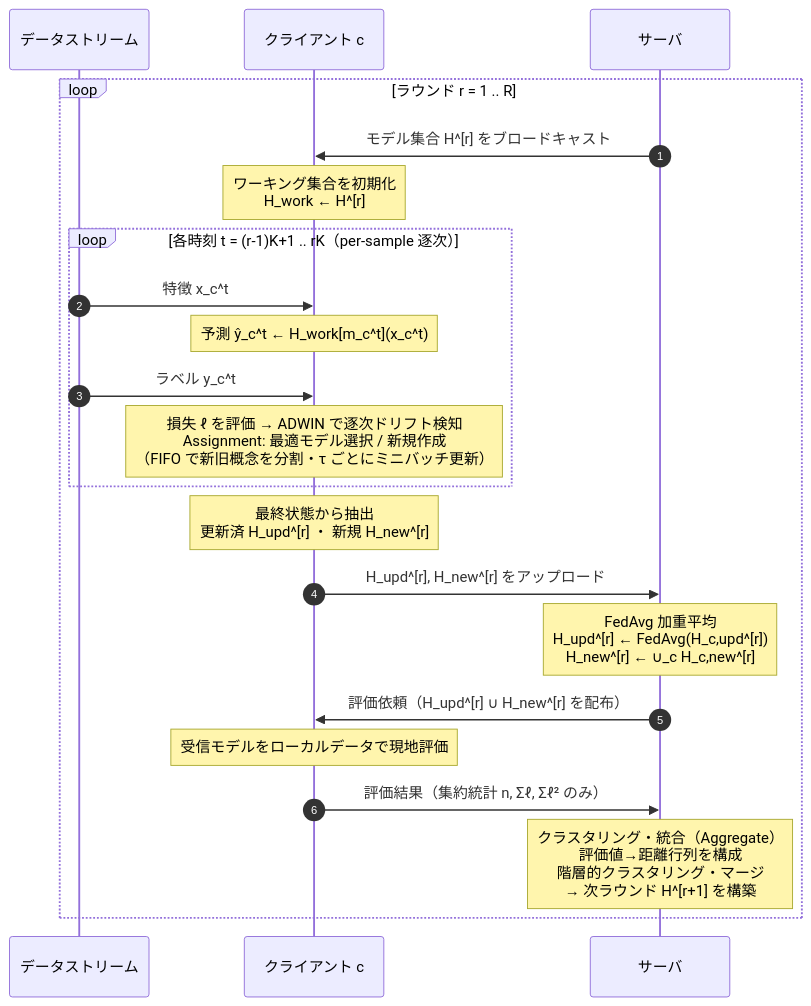
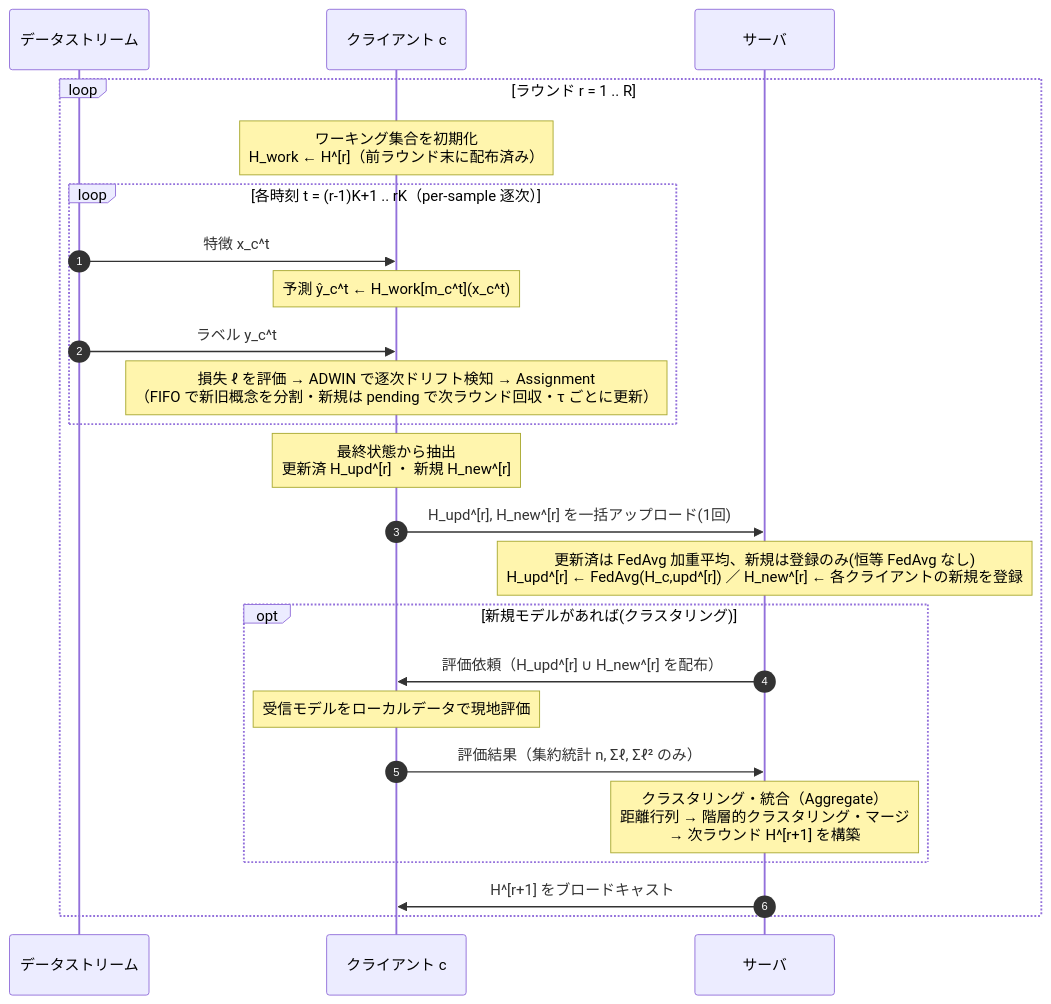
The third of 4 diagrams in docs/sequence-diagrams.md (shimmen3141/FedSDA-experiment), drawn with Mermaid before and after one commit. The commit also changed other lines of this file, not shown here.

First line of the commit message:
@ docs: シーケンス図をレビューに基づき実装の通信に忠実化

````diff
--- a/docs/sequence-diagrams.md
+++ b/docs/sequence-diagrams.md
@@ -82,27 +146,29 @@
 ```mermaid
 sequenceDiagram
     autonumber
     participant D as データストリーム
     participant C as クライアント c
     participant S as サーバ
 
     loop ラウンド r = 1 .. R
-        S->>C: モデル集合 H^[r] をブロードキャスト
-        Note over C: ワーキング集合を初期化<br/>H_work ← H^[r]
+        Note over C: ワーキング集合を初期化<br/>H_work ← H^[r]（前ラウンド末に配布済み）
 
         loop 各時刻 t = (r-1)K+1 .. rK（per-sample 逐次）
             D->>C: 特徴 x_c^t
             Note over C: 予測 ŷ_c^t ← H_work[m_c^t](x_c^t)
             D->>C: ラベル y_c^t
-            Note over C: 損失 ℓ を評価 → ADWIN で逐次ドリフト検知<br/>Assignment: 最適モデル選択 / 新規作成<br/>（FIFO で新旧概念を分割・τ ごとにミニバッチ更新）
+            Note over C: 損失 ℓ を評価 → ADWIN で逐次ドリフト検知 → Assignment<br/>（FIFO で新旧概念を分割・新規は pending で次ラウンド回収・τ ごとに更新）
         end
 
         Note over C: 最終状態から抽出<br/>更新済 H_upd^[r] ・ 新規 H_new^[r]
-        C->>S: H_upd^[r], H_new^[r] をアップロード
-        Note over S: FedAvg 加重平均<br/>H_upd^[r] ← FedAvg(H_c,upd^[r])<br/>H_new^[r] ← ∪_c H_c,new^[r]
-        S->>C: 評価依頼（H_upd^[r] ∪ H_new^[r] を配布）
-        Note over C: 受信モデルをローカルデータで現地評価
-        C->>S: 評価結果（集約統計 n, Σℓ, Σℓ² のみ）
-        Note over S: クラスタリング・統合（Aggregate）<br/>評価値→距離行列を構成<br/>階層的クラスタリング・マージ<br/>→ 次ラウンド H^[r+1] を構築
+        C->>S: H_upd^[r], H_new^[r] を一括アップロード(1回)
+        Note over S: 更新済は FedAvg 加重平均、新規は登録のみ(恒等 FedAvg なし)<br/>H_upd^[r] ← FedAvg(H_c,upd^[r]) ／ H_new^[r] ← 各クライアントの新規を登録
+        opt 新規モデルがあれば(クラスタリング)
+            S->>C: 評価依頼（H_upd^[r] ∪ H_new^[r] を配布）
+            Note over C: 受信モデルをローカルデータで現地評価
+            C->>S: 評価結果（集約統計 n, Σℓ, Σℓ² のみ）
+            Note over S: クラスタリング・統合（Aggregate）<br/>距離行列 → 階層的クラスタリング・マージ<br/>→ 次ラウンド H^[r+1] を構築
+        end
+        S->>C: H^[r+1] をブロードキャスト
     end
 ```
````
